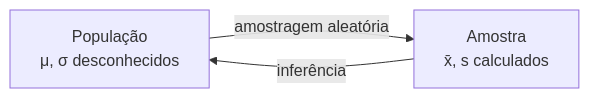
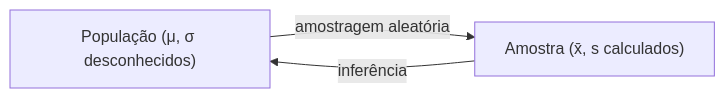
One commit to monteirotorres/biostat changed the diagram in 01_introducao/01_amostra_populacao.md. Above: the diagram before and after it, drawn with Mermaid. The commit also changed 34 other files, not shown here.

````diff
--- a/01_introducao/01_amostra_populacao.md
+++ b/01_introducao/01_amostra_populacao.md
@@ -48,5 +48,5 @@
 ```mermaid
 flowchart LR
-    P[População<br>μ, σ desconhecidos] -->|amostragem aleatória| A[Amostra<br>x̄, s calculados]
+    P["População (μ, σ desconhecidos)"] -->|amostragem aleatória| A["Amostra (x̄, s calculados)"]
     A -->|inferência| P
 ```
````
